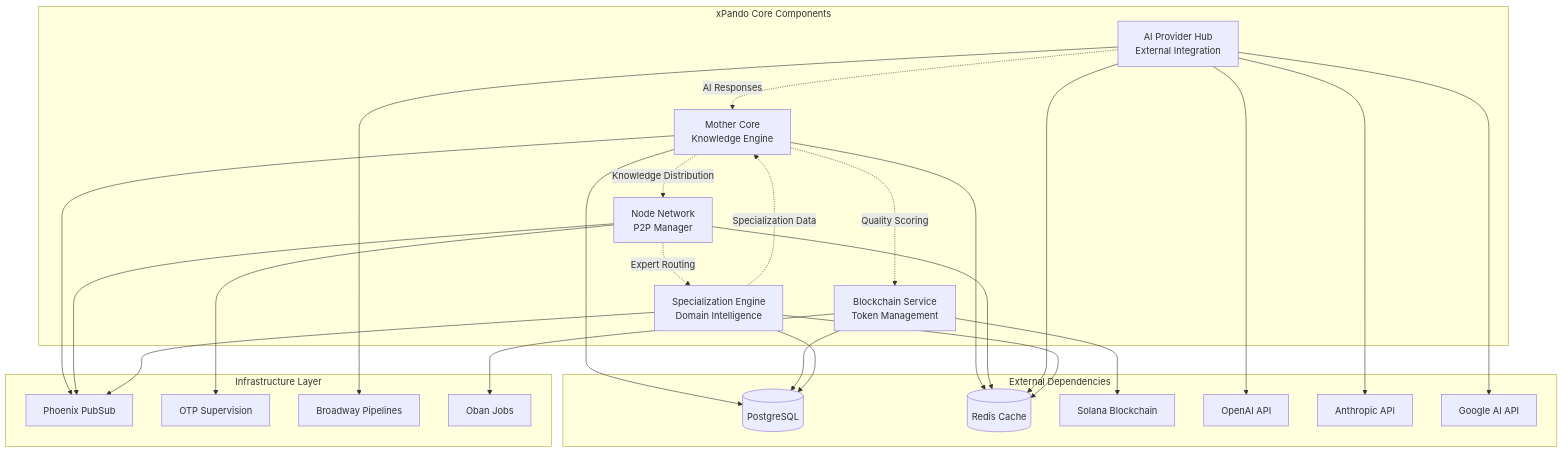
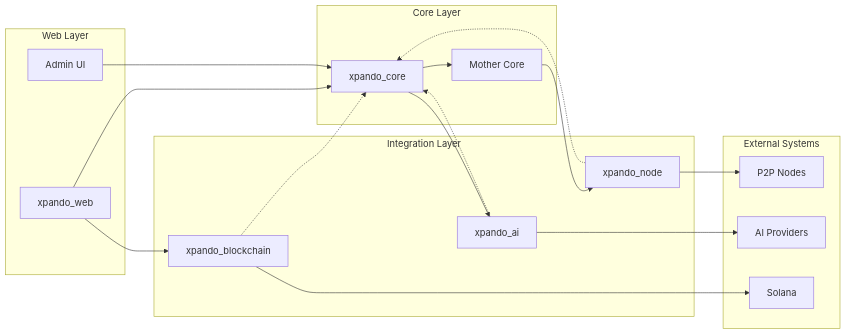
The diagram in docs/architecture/components.md (fodurrr/xpando_ai), drawn with Mermaid before and after one commit. The commit also changed other lines of this file and 25 other files, not shown here.

First line of the commit message:
Update architecture documentation and dependency management

````diff
--- a/docs/architecture/components.md
+++ b/docs/architecture/components.md
@@ -269,54 +89,38 @@
 ```mermaid
-graph TB
-    subgraph "xPando Core Components"
-        MC[Mother Core<br/>Knowledge Engine]
-        NN[Node Network<br/>P2P Manager]
-        AI[AI Provider Hub<br/>External Integration]
-        BC[Blockchain Service<br/>Token Management]
-        SE[Specialization Engine<br/>Domain Intelligence]
+graph LR
+    subgraph "Web Layer"
+        WEB[xpando_web]
+        ADMIN[Admin UI]
     end
     
-    subgraph "External Dependencies"
-        PG[(PostgreSQL)]
-        REDIS[(Redis Cache)]
-        SOLANA[Solana Blockchain]
-        OPENAI[OpenAI API]
-        ANTHROPIC[Anthropic API]
-        GOOGLE[Google AI API]
+    subgraph "Core Layer"
+        CORE[xpando_core]
+        MC[Mother Core]
     end
     
-    subgraph "Infrastructure Layer"
-        PS[Phoenix PubSub]
-        OTP[OTP Supervision]
-        BROADWAY[Broadway Pipelines]
-        OBAN[Oban Jobs]
+    subgraph "Integration Layer"
+        NODE[xpando_node]
+        AI[xpando_ai]
+        BC[xpando_blockchain]
     end
     
-    MC --> PG
-    MC --> REDIS
-    MC --> PS
+    subgraph "External Systems"
+        NODES[P2P Nodes]
+        PROVIDERS[AI Providers]
+        SOLANA[Solana]
+    end
     
-    NN --> PS
-    NN --> REDIS
-    NN --> OTP
+    WEB --> CORE
+    ADMIN --> CORE
+    CORE --> MC
+    MC --> NODE
+    NODE --> NODES
+    CORE --> AI
+    AI --> PROVIDERS
+    WEB --> BC
+    BC --> SOLANA
     
-    AI --> BROADWAY
-    AI --> OPENAI
-    AI --> ANTHROPIC
-    AI --> GOOGLE
-    AI --> REDIS
-    
-    BC --> SOLANA
-    BC --> OBAN
-    BC --> PG
-    
-    SE --> PG
-    SE --> PS
-    SE --> REDIS
-    
-    MC -.->|Knowledge Distribution| NN
-    NN -.->|Expert Routing| SE
-    SE -.->|Specialization Data| MC
-    AI -.->|AI Responses| MC
-    MC -.->|Quality Scoring| BC
+    NODE -.-> CORE
+    AI -.-> CORE
+    BC -.-> CORE
 ```
````
